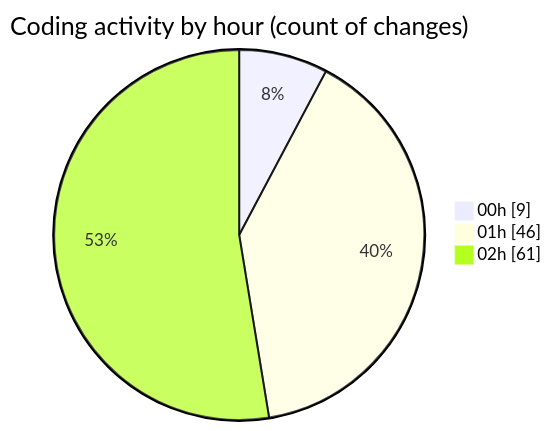
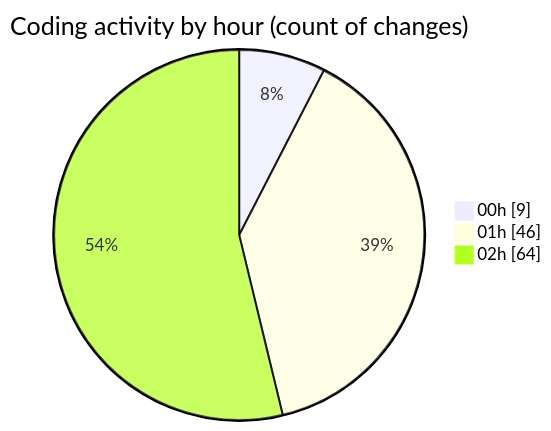
One commit to julien-gomy/code-tracking changed the second of 2 diagrams in 2025-11-18/eventscop-frontend-guide__workspace_/README.md. Above: the diagram before and after it, drawn with Mermaid. The commit also changed other lines of this file and 1 other file, not shown here.

````diff
--- a/2025-11-18/eventscop-frontend-guide__workspace_/README.md
+++ b/2025-11-18/eventscop-frontend-guide__workspace_/README.md
@@ -52,7 +52,7 @@
 ```mermaid
 pie showData
 title Coding activity by hour (count of changes)
 "00h" : 9
 "01h" : 46
-"02h" : 61
+"02h" : 64
 ```
````
